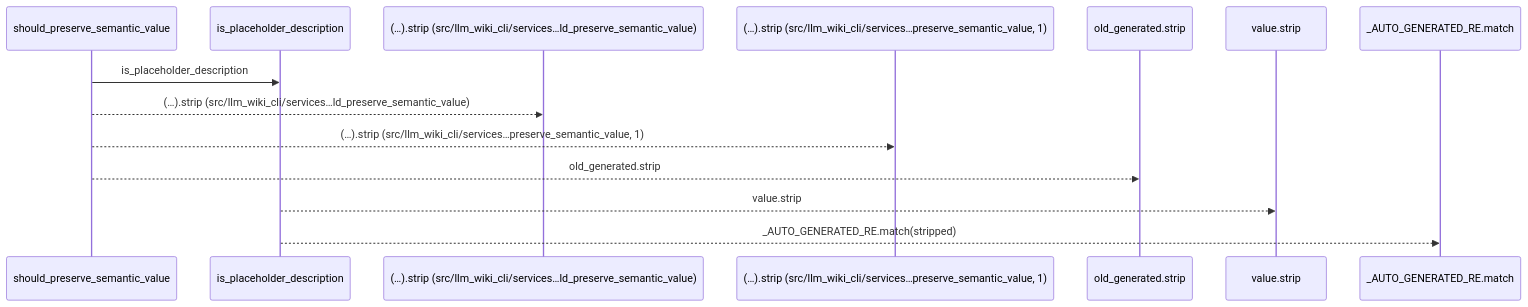
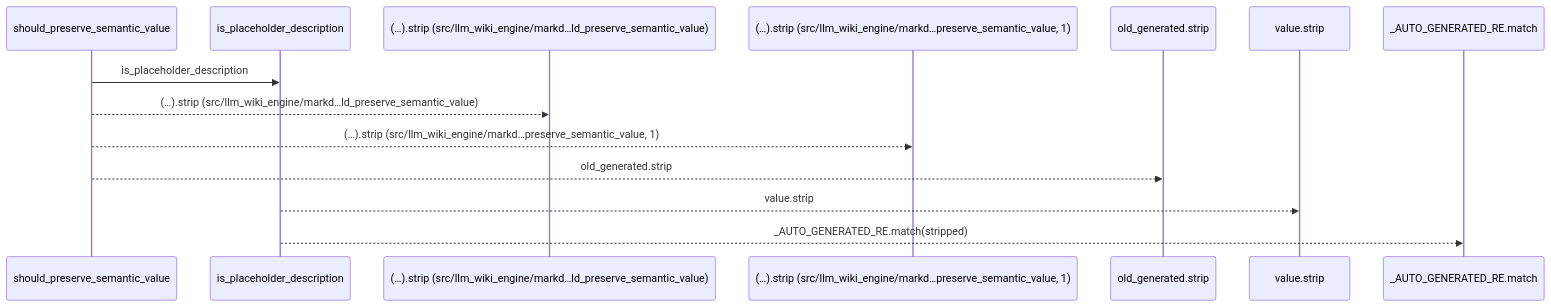
The first of 2 diagrams in docs/llm_wiki/flows/api-should_preserve_semantic_value.md (Denissvgn/python-wiki-llm), drawn with Mermaid before and after one commit. The commit also changed other lines of this file and 1103 other files, not shown here.

First line of the commit message:
docs: refresh the wiki for the llm-wiki-engine distribution

````diff
--- a/docs/llm_wiki/flows/api-should_preserve_semantic_value.md
+++ b/docs/llm_wiki/flows/api-should_preserve_semantic_value.md
@@ -12,16 +12,16 @@
 ```mermaid
 sequenceDiagram
     participant p0 as should_preserve_semantic_value
     participant p1 as is_placeholder_description
-    participant p2 as (…).strip (src/llm_wiki_cli/services…ld_preserve_semantic_value)
-    participant p3 as (…).strip (src/llm_wiki_cli/services…preserve_semantic_value, 1)
+    participant p2 as (…).strip (src/llm_wiki_engine/markd…ld_preserve_semantic_value)
+    participant p3 as (…).strip (src/llm_wiki_engine/markd…preserve_semantic_value, 1)
     participant p4 as old_generated.strip
     participant p5 as value.strip
     participant p6 as _AUTO_GENERATED_RE.match
     p0->>p1: is_placeholder_description
-    p0-->>p2: (…).strip (src/llm_wiki_cli/services…ld_preserve_semantic_value)
-    p0-->>p3: (…).strip (src/llm_wiki_cli/services…preserve_semantic_value, 1)
+    p0-->>p2: (…).strip (src/llm_wiki_engine/markd…ld_preserve_semantic_value)
+    p0-->>p3: (…).strip (src/llm_wiki_engine/markd…preserve_semantic_value, 1)
     p0-->>p4: old_generated.strip
     p1-->>p5: value.strip
     p1-->>p6: _AUTO_GENERATED_RE.match(stripped)
 ```
````
